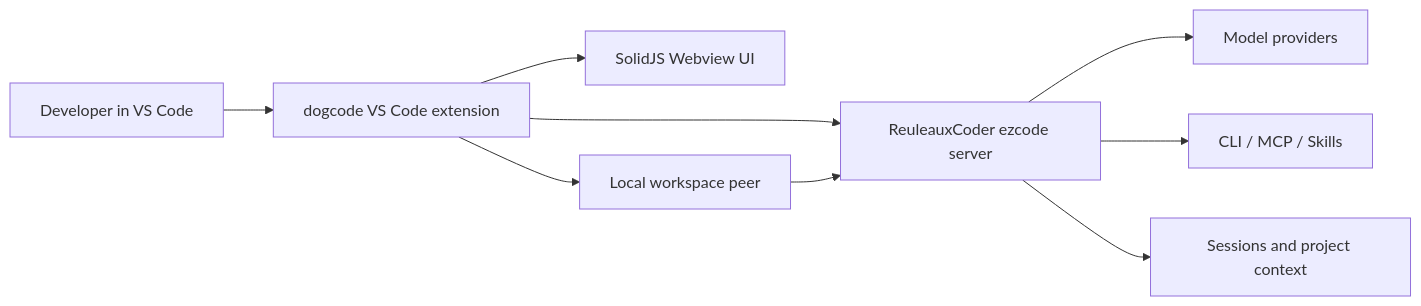
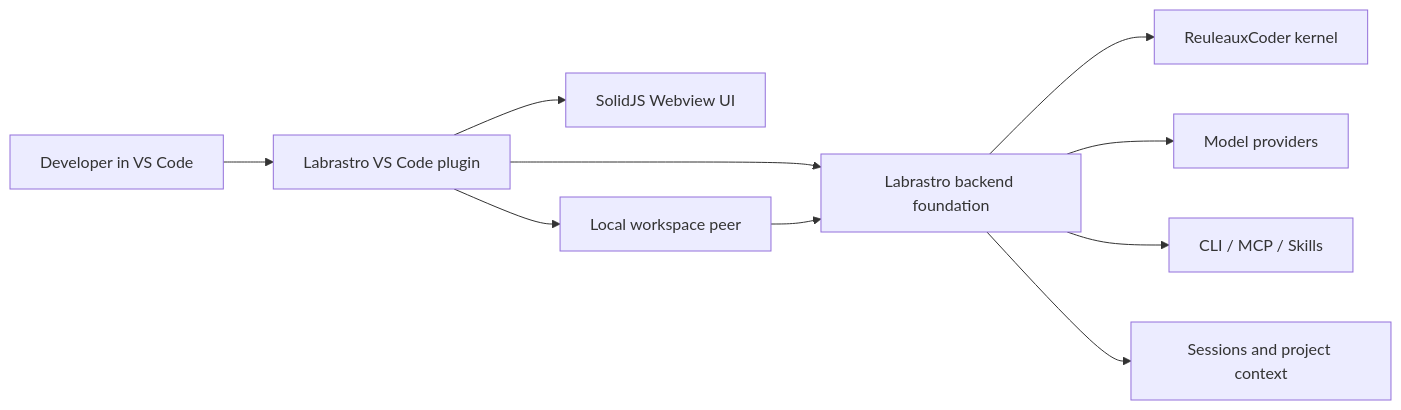
The diagram in README.md (AstralSolipsism/Labrastro-vscode-extension), drawn with Mermaid before and after one commit. The commit also changed other lines of this file and 35 other files, not shown here.

````diff
--- a/README.md
+++ b/README.md
@@ -35,11 +27,12 @@
 ```mermaid
 flowchart LR
-  User[Developer in VS Code] --> Extension[dogcode VS Code extension]
+  User[Developer in VS Code] --> Extension[Labrastro VS Code plugin]
   Extension --> Webview[SolidJS Webview UI]
   Extension --> Peer[Local workspace peer]
-  Extension --> Server[ReuleauxCoder ezcode server]
+  Extension --> Server[Labrastro backend foundation]
   Peer --> Server
+  Server --> Kernel[ReuleauxCoder kernel]
   Server --> Models[Model providers]
   Server --> Toolchains[CLI / MCP / Skills]
   Server --> Memory[Sessions and project context]
 ```
````
